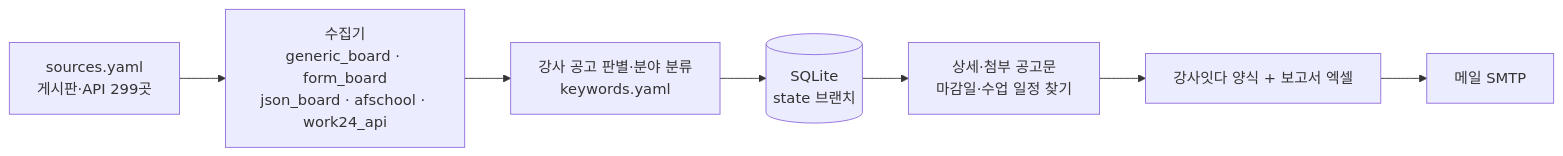
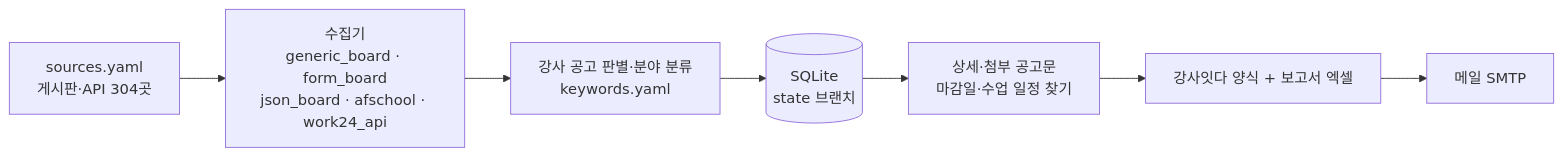
Before and after one commit to thskal17-sudo/busan-school-company: the diagram in docs/DESIGN.md, drawn with Mermaid. The commit also changed other lines of this file and 5 other files, not shown here.

````diff
--- a/docs/DESIGN.md
+++ b/docs/DESIGN.md
@@ -29,9 +29,9 @@
 ```mermaid
 flowchart LR
-    S[sources.yaml<br/>게시판·API 299곳] --> C[수집기<br/>generic_board · form_board<br/>json_board · afschool · work24_api]
+    S[sources.yaml<br/>게시판·API 304곳] --> C[수집기<br/>generic_board · form_board<br/>json_board · afschool · work24_api]
     C --> F[강사 공고 판별·분야 분류<br/>keywords.yaml]
     F --> D[(SQLite<br/>state 브랜치)]
     D --> I[상세·첨부 공고문<br/>마감일·수업 일정 찾기]
     I --> X[강사잇다 양식 + 보고서 엑셀]
     X --> M[메일 SMTP]
 ```
````
